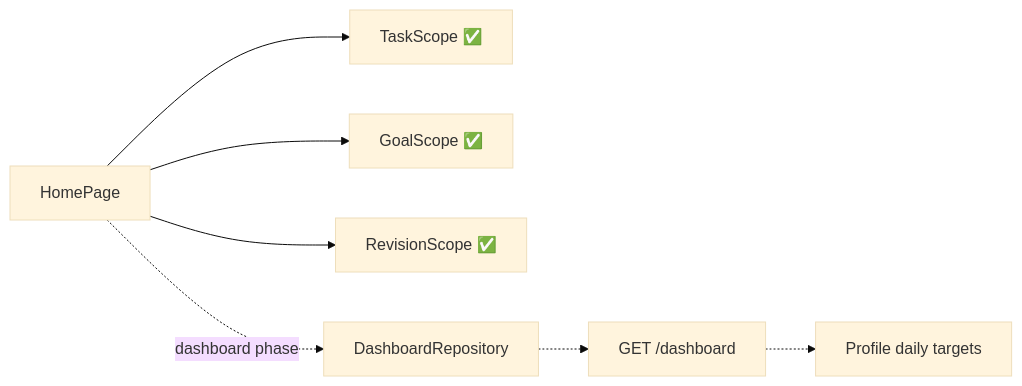
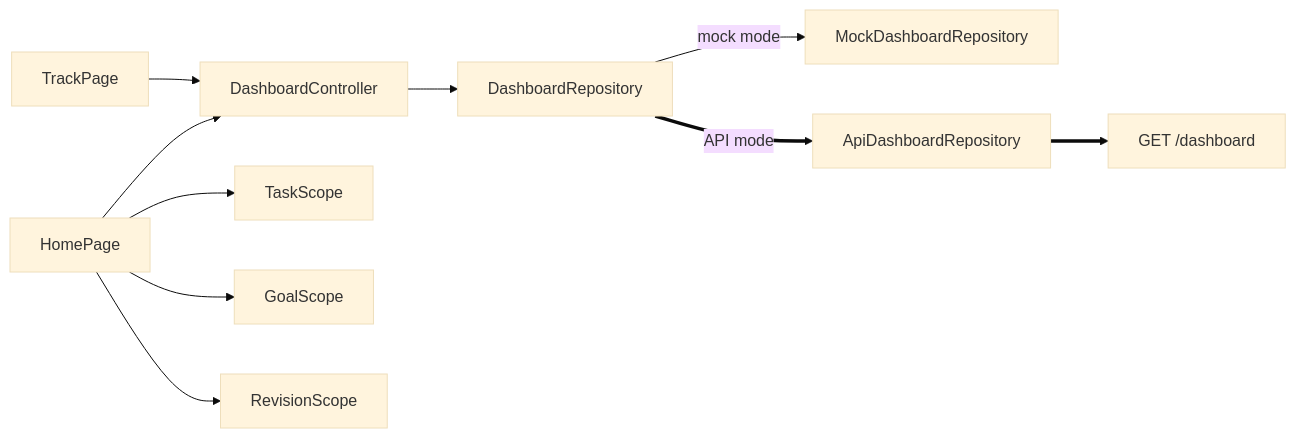
One commit to Gaoher-1207/omnia changed the diagram in docs/omnia-vault/Features/Dashboard.md. Above: the diagram before and after it, drawn with Mermaid (base theme). The commit also changed other lines of this file and 33 other files, not shown here.

Commit message:
Integrate Dashboard with backend API

````diff
--- a/docs/omnia-vault/Features/Dashboard.md
+++ b/docs/omnia-vault/Features/Dashboard.md
@@ -49,8 +50,11 @@
 ```mermaid
 flowchart LR
-    H["HomePage"] --> TS["TaskScope ✅"]
-    H --> GS["GoalScope ✅"]
-    H --> RS["RevisionScope ✅"]
-    H -.->|dashboard phase| DR["DashboardRepository"] -.-> D["GET /dashboard"]
-    D -.-> P["Profile daily targets"]
+    H["HomePage"] --> DC["DashboardController"]
+    T["TrackPage"] --> DC
+    DC --> DR["DashboardRepository"]
+    DR -->|mock mode| MD["MockDashboardRepository"]
+    DR ==>|API mode| AD["ApiDashboardRepository"] ==> D["GET /dashboard"]
+    H --> TS["TaskScope"]
+    H --> GS["GoalScope"]
+    H --> RS["RevisionScope"]
 ```
````
